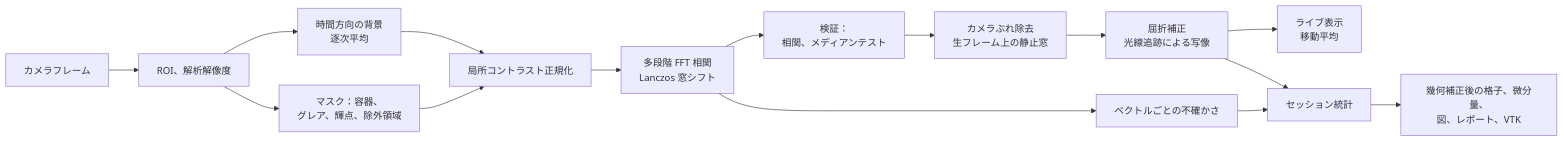
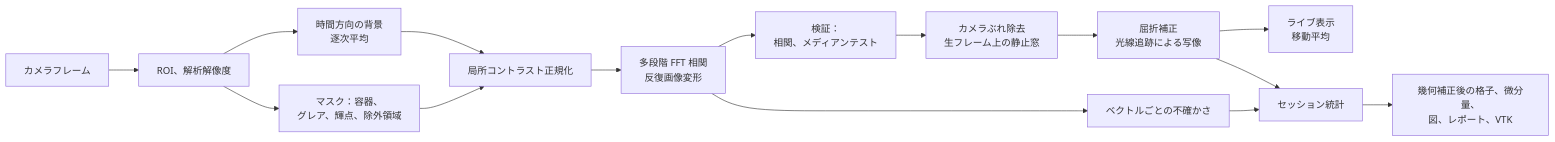
The diagram in docs/METHODS_ja.md (Rhizobium-gits/LivePTV), drawn with Mermaid before and after one commit. The commit also changed other lines of this file and 23 other files, not shown here.

````diff
--- a/docs/METHODS_ja.md
+++ b/docs/METHODS_ja.md
@@ -48,17 +48,17 @@
 ```mermaid
 flowchart LR
   A[カメラフレーム] --> B[ROI、解析解像度]
   B --> C[時間方向の背景<br/>逐次平均]
   B --> M[マスク：容器、<br/>グレア、輝点、除外領域]
   C --> D[局所コントラスト正規化]
   M --> D
-  D --> E[多段階 FFT 相関<br/>Lanczos 窓シフト]
+  D --> E[多段階 FFT 相関<br/>反復画像変形]
   E --> F[検証：<br/>相関、メディアンテスト]
   F --> G[カメラぶれ除去<br/>生フレーム上の静止窓]
   G --> H[屈折補正<br/>光線追跡による写像]
   H --> I[ライブ表示<br/>移動平均]
   H --> J[セッション統計]
   J --> K[幾何補正後の格子、微分量、<br/>図、レポート、VTK]
   E --> U[ベクトルごとの不確かさ]
   U --> J
 ```
````
